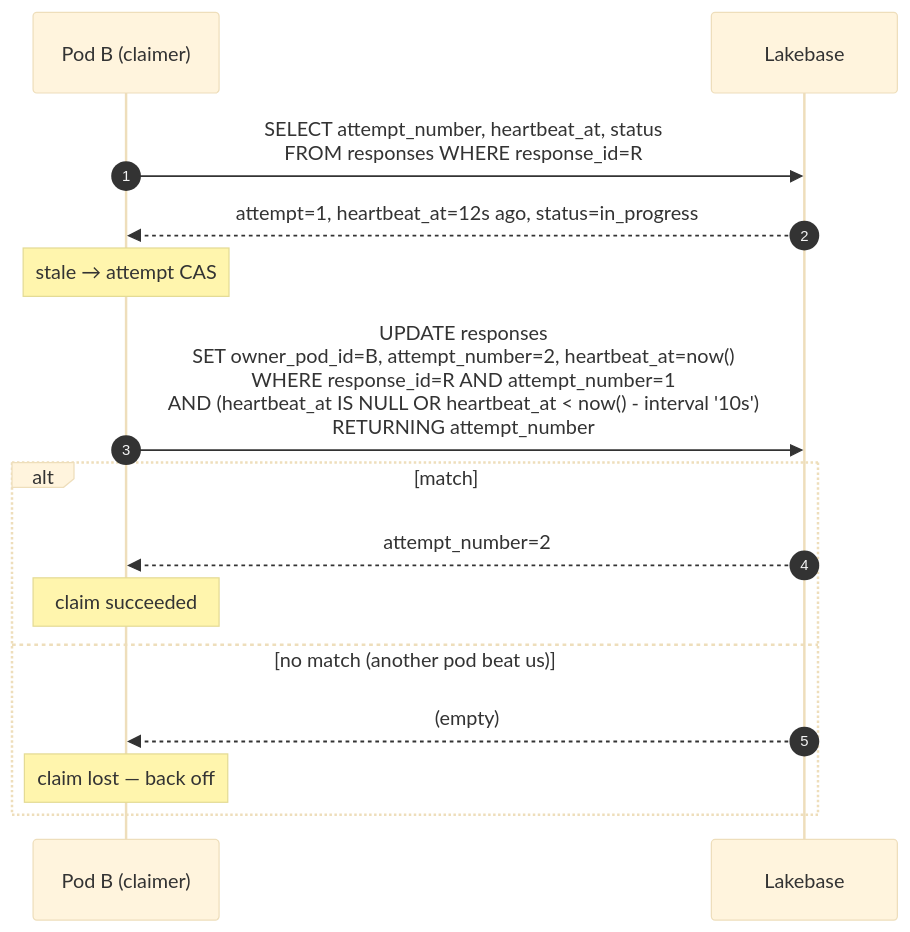
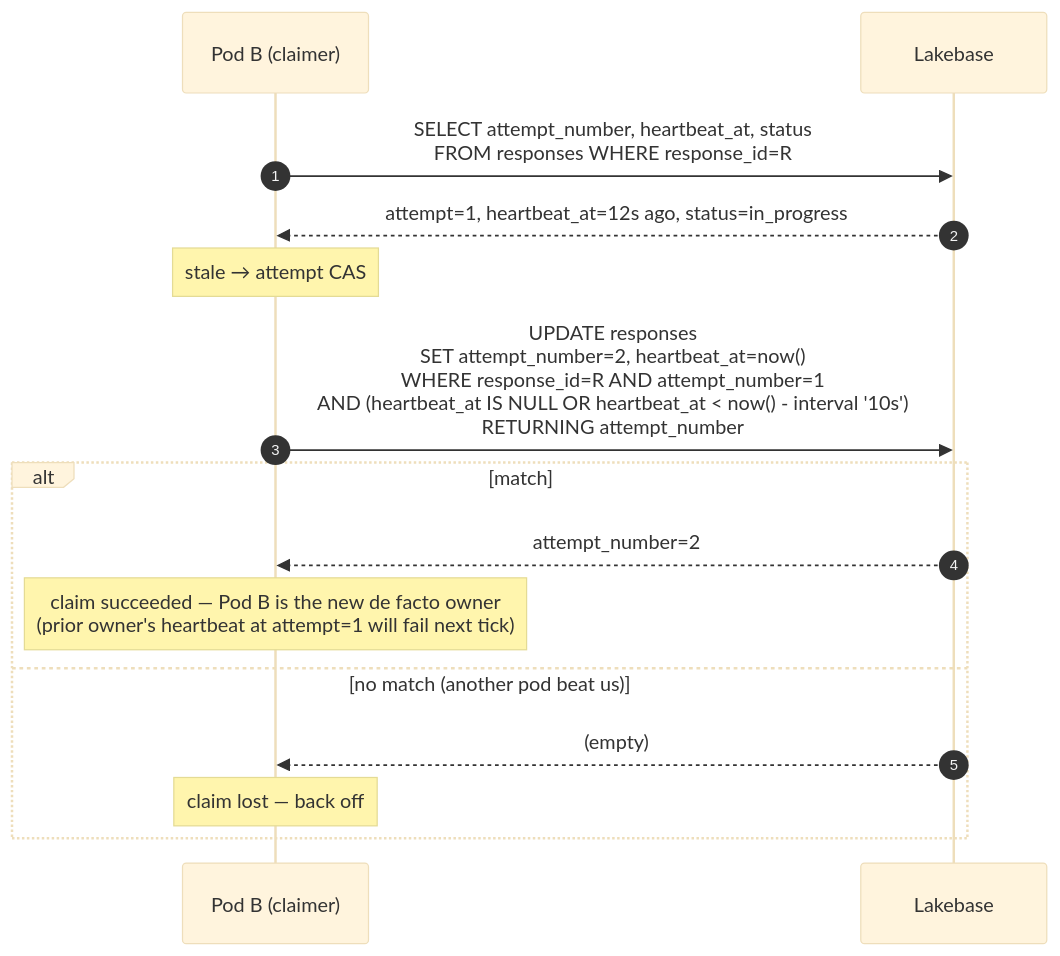
One commit to databricks/databricks-ai-bridge changed the eighth of 9 diagrams in src/databricks_ai_bridge/long_running/AGENTS.md. Above: the diagram before and after it, drawn with Mermaid (base theme). The commit also changed other lines of this file, not shown here.

````diff
--- a/src/databricks_ai_bridge/long_running/AGENTS.md
+++ b/src/databricks_ai_bridge/long_running/AGENTS.md
@@ -316,18 +311,18 @@
 ```mermaid
 sequenceDiagram
     autonumber
     participant Pod as Pod B (claimer)
     participant DB as Lakebase
 
     Pod->>DB: SELECT attempt_number, heartbeat_at, status<br/>FROM responses WHERE response_id=R
     DB-->>Pod: attempt=1, heartbeat_at=12s ago, status=in_progress
     Note over Pod: stale → attempt CAS
-    Pod->>DB: UPDATE responses<br/>SET owner_pod_id=B, attempt_number=2, heartbeat_at=now()<br/>WHERE response_id=R AND attempt_number=1<br/>AND (heartbeat_at IS NULL OR heartbeat_at < now() - interval '10s')<br/>RETURNING attempt_number
+    Pod->>DB: UPDATE responses<br/>SET attempt_number=2, heartbeat_at=now()<br/>WHERE response_id=R AND attempt_number=1<br/>AND (heartbeat_at IS NULL OR heartbeat_at < now() - interval '10s')<br/>RETURNING attempt_number
     alt match
         DB-->>Pod: attempt_number=2
-        Note over Pod: claim succeeded
+        Note over Pod: claim succeeded — Pod B is the new de facto owner<br/>(prior owner's heartbeat at attempt=1 will fail next tick)
     else no match (another pod beat us)
         DB-->>Pod: (empty)
         Note over Pod: claim lost — back off
     end
 ```
````
